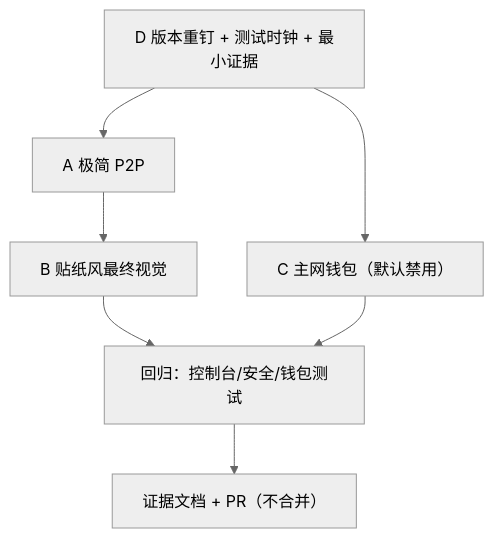
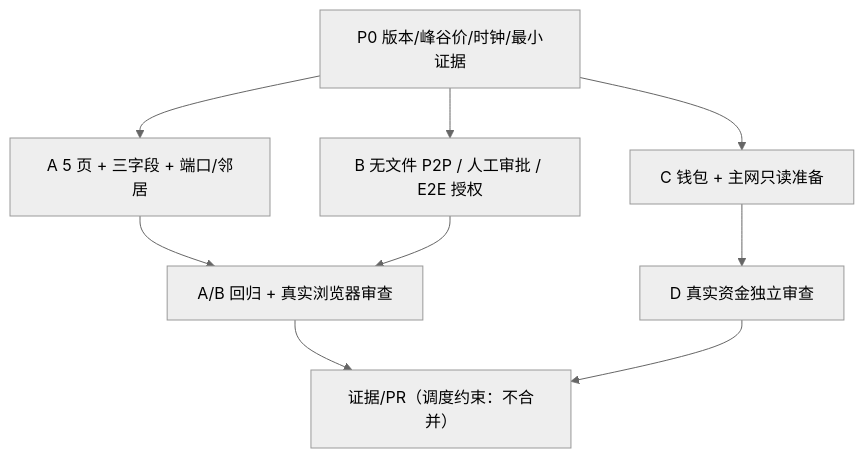
The seventh of 7 diagrams in docs/phase10/FLOWS.md (faithleysath/magpie-oh-my-aihub), drawn with Mermaid (neutral theme) before and after one commit. The commit also changed other lines of this file and 2 other files, not shown here.

````diff
--- a/docs/phase10/FLOWS.md
+++ b/docs/phase10/FLOWS.md
@@ -271,9 +251,11 @@
 ```mermaid
 flowchart TD
-  D["D 版本重钉 + 测试时钟 + 最小证据"] --> A["A 极简 P2P"]
-  D --> C["C 主网钱包（默认禁用）"]
-  A --> B["B 贴纸风最终视觉"]
-  B --> R["回归：控制台/安全/钱包测试"]
-  C --> R
-  R --> E["证据文档 + PR（不合并）"]
+  P0["P0 版本/峰谷价/时钟/最小证据"] --> A["A 5 页 + 三字段 + 端口/邻居"]
+  P0 --> B["B 无文件 P2P / 人工审批 / E2E 授权"]
+  P0 --> C["C 钱包 + 主网只读准备"]
+  A --> R["A/B 回归 + 真实浏览器审查"]
+  B --> R
+  C --> D["D 真实资金独立审查"]
+  R --> E["证据/PR（调度约束：不合并）"]
+  D --> E
 ```
````
